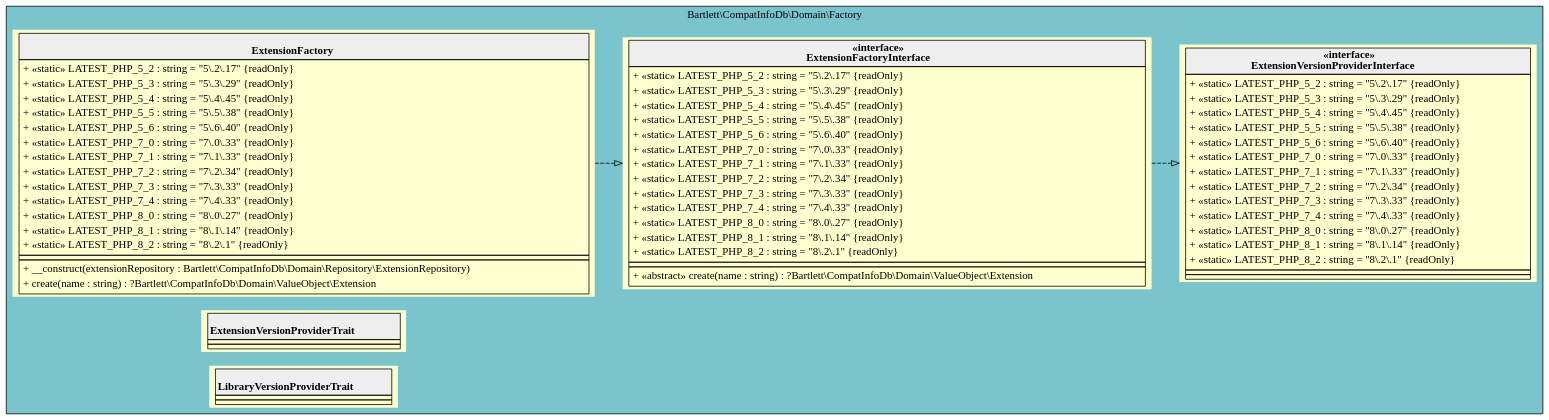
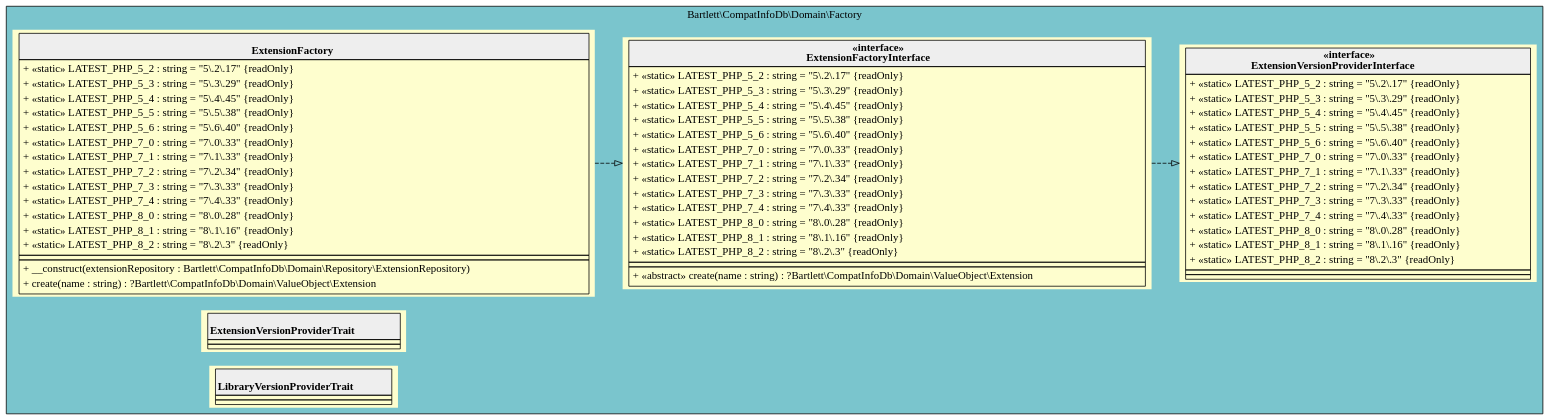
Before and after one commit to llaville/php-compatinfo-db: the diagram in 5.x/assets/images/domain-factory.html.gv, drawn with Graphviz. The commit also changed 38 other files, not shown here.

```diff
--- a/5.x/assets/images/domain-factory.html.gv
+++ b/5.x/assets/images/domain-factory.html.gv
@@ -1,90 +1,90 @@
 digraph {
   graph [rankdir="LR" bgcolor="transparent"]
   node [fillcolor="#FEFECE" style="filled"]
   subgraph cluster_0 {
     graph [bgcolor="cadetblue3"]
     label = "Bartlett\\CompatInfoDb\\Domain\\Factory"
     "Bartlett\\CompatInfoDb\\Domain\\Factory\\ExtensionFactory" [shape="none" label=<
 <table cellspacing="0" border="0" cellborder="1">
     <tr><td bgcolor="#eeeeee"><b><br/>ExtensionFactory</b></td></tr>
     <tr><td><table border="0" cellspacing="0" cellpadding="2">
     <tr><td align="left">+ «static» LATEST_PHP_5_2 : string = "5\.2\.17" {readOnly}</td></tr>
     <tr><td align="left">+ «static» LATEST_PHP_5_3 : string = "5\.3\.29" {readOnly}</td></tr>
     <tr><td align="left">+ «static» LATEST_PHP_5_4 : string = "5\.4\.45" {readOnly}</td></tr>
     <tr><td align="left">+ «static» LATEST_PHP_5_5 : string = "5\.5\.38" {readOnly}</td></tr>
     <tr><td align="left">+ «static» LATEST_PHP_5_6 : string = "5\.6\.40" {readOnly}</td></tr>
     <tr><td align="left">+ «static» LATEST_PHP_7_0 : string = "7\.0\.33" {readOnly}</td></tr>
     <tr><td align="left">+ «static» LATEST_PHP_7_1 : string = "7\.1\.33" {readOnly}</td></tr>
     <tr><td align="left">+ «static» LATEST_PHP_7_2 : string = "7\.2\.34" {readOnly}</td></tr>
     <tr><td align="left">+ «static» LATEST_PHP_7_3 : string = "7\.3\.33" {readOnly}</td></tr>
     <tr><td align="left">+ «static» LATEST_PHP_7_4 : string = "7\.4\.33" {readOnly}</td></tr>
-    <tr><td align="left">+ «static» LATEST_PHP_8_0 : string = "8\.0\.27" {readOnly}</td></tr>
-    <tr><td align="left">+ «static» LATEST_PHP_8_1 : string = "8\.1\.14" {readOnly}</td></tr>
-    <tr><td align="left">+ «static» LATEST_PHP_8_2 : string = "8\.2\.1" {readOnly}</td></tr>
+    <tr><td align="left">+ «static» LATEST_PHP_8_0 : string = "8\.0\.28" {readOnly}</td></tr>
+    <tr><td align="left">+ «static» LATEST_PHP_8_1 : string = "8\.1\.16" {readOnly}</td></tr>
+    <tr><td align="left">+ «static» LATEST_PHP_8_2 : string = "8\.2\.3" {readOnly}</td></tr>
 </table></td></tr>
     <tr><td></td></tr>
     <tr><td><table border="0" cellspacing="0" cellpadding="2">
     <tr><td align="left">+ __construct(extensionRepository : Bartlett\\CompatInfoDb\\Domain\\Repository\\ExtensionRepository)</td></tr>
     <tr><td align="left">+ create(name : string) : ?Bartlett\\CompatInfoDb\\Domain\\ValueObject\\Extension</td></tr>
 </table></td></tr>
 </table>>]
     "Bartlett\\CompatInfoDb\\Domain\\Factory\\ExtensionFactoryInterface" [shape="none" label=<
 <table cellspacing="0" border="0" cellborder="1">
     <tr><td bgcolor="#eeeeee"><b>«interface»<br/>ExtensionFactoryInterface</b></td></tr>
     <tr><td><table border="0" cellspacing="0" cellpadding="2">
     <tr><td align="left">+ «static» LATEST_PHP_5_2 : string = "5\.2\.17" {readOnly}</td></tr>
     <tr><td align="left">+ «static» LATEST_PHP_5_3 : string = "5\.3\.29" {readOnly}</td></tr>
     <tr><td align="left">+ «static» LATEST_PHP_5_4 : string = "5\.4\.45" {readOnly}</td></tr>
     <tr><td align="left">+ «static» LATEST_PHP_5_5 : string = "5\.5\.38" {readOnly}</td></tr>
     <tr><td align="left">+ «static» LATEST_PHP_5_6 : string = "5\.6\.40" {readOnly}</td></tr>
     <tr><td align="left">+ «static» LATEST_PHP_7_0 : string = "7\.0\.33" {readOnly}</td></tr>
     <tr><td align="left">+ «static» LATEST_PHP_7_1 : string = "7\.1\.33" {readOnly}</td></tr>
     <tr><td align="left">+ «static» LATEST_PHP_7_2 : string = "7\.2\.34" {readOnly}</td></tr>
     <tr><td align="left">+ «static» LATEST_PHP_7_3 : string = "7\.3\.33" {readOnly}</td></tr>
     <tr><td align="left">+ «static» LATEST_PHP_7_4 : string = "7\.4\.33" {readOnly}</td></tr>
-    <tr><td align="left">+ «static» LATEST_PHP_8_0 : string = "8\.0\.27" {readOnly}</td></tr>
-    <tr><td align="left">+ «static» LATEST_PHP_8_1 : string = "8\.1\.14" {readOnly}</td></tr>
-    <tr><td align="left">+ «static» LATEST_PHP_8_2 : string = "8\.2\.1" {readOnly}</td></tr>
+    <tr><td align="left">+ «static» LATEST_PHP_8_0 : string = "8\.0\.28" {readOnly}</td></tr>
+    <tr><td align="left">+ «static» LATEST_PHP_8_1 : string = "8\.1\.16" {readOnly}</td></tr>
+    <tr><td align="left">+ «static» LATEST_PHP_8_2 : string = "8\.2\.3" {readOnly}</td></tr>
 </table></td></tr>
     <tr><td></td></tr>
     <tr><td><table border="0" cellspacing="0" cellpadding="2">
     <tr><td align="left">+ «abstract» create(name : string) : ?Bartlett\\CompatInfoDb\\Domain\\ValueObject\\Extension</td></tr>
 </table></td></tr>
 </table>>]
     "Bartlett\\CompatInfoDb\\Domain\\Factory\\ExtensionVersionProviderInterface" [shape="none" label=<
 <table cellspacing="0" border="0" cellborder="1">
     <tr><td bgcolor="#eeeeee"><b>«interface»<br/>ExtensionVersionProviderInterface</b></td></tr>
     <tr><td><table border="0" cellspacing="0" cellpadding="2">
     <tr><td align="left">+ «static» LATEST_PHP_5_2 : string = "5\.2\.17" {readOnly}</td></tr>
     <tr><td align="left">+ «static» LATEST_PHP_5_3 : string = "5\.3\.29" {readOnly}</td></tr>
     <tr><td align="left">+ «static» LATEST_PHP_5_4 : string = "5\.4\.45" {readOnly}</td></tr>
     <tr><td align="left">+ «static» LATEST_PHP_5_5 : string = "5\.5\.38" {readOnly}</td></tr>
     <tr><td align="left">+ «static» LATEST_PHP_5_6 : string = "5\.6\.40" {readOnly}</td></tr>
     <tr><td align="left">+ «static» LATEST_PHP_7_0 : string = "7\.0\.33" {readOnly}</td></tr>
     <tr><td align="left">+ «static» LATEST_PHP_7_1 : string = "7\.1\.33" {readOnly}</td></tr>
     <tr><td align="left">+ «static» LATEST_PHP_7_2 : string = "7\.2\.34" {readOnly}</td></tr>
     <tr><td align="left">+ «static» LATEST_PHP_7_3 : string = "7\.3\.33" {readOnly}</td></tr>
     <tr><td align="left">+ «static» LATEST_PHP_7_4 : string = "7\.4\.33" {readOnly}</td></tr>
-    <tr><td align="left">+ «static» LATEST_PHP_8_0 : string = "8\.0\.27" {readOnly}</td></tr>
-    <tr><td align="left">+ «static» LATEST_PHP_8_1 : string = "8\.1\.14" {readOnly}</td></tr>
-    <tr><td align="left">+ «static» LATEST_PHP_8_2 : string = "8\.2\.1" {readOnly}</td></tr>
+    <tr><td align="left">+ «static» LATEST_PHP_8_0 : string = "8\.0\.28" {readOnly}</td></tr>
+    <tr><td align="left">+ «static» LATEST_PHP_8_1 : string = "8\.1\.16" {readOnly}</td></tr>
+    <tr><td align="left">+ «static» LATEST_PHP_8_2 : string = "8\.2\.3" {readOnly}</td></tr>
 </table></td></tr>
     <tr><td></td></tr>
     <tr><td></td></tr>
 </table>>]
     "Bartlett\\CompatInfoDb\\Domain\\Factory\\ExtensionVersionProviderTrait" [shape="none" label=<
 <table cellspacing="0" border="0" cellborder="1">
     <tr><td bgcolor="#eeeeee"><b><br/>ExtensionVersionProviderTrait</b></td></tr>
     <tr><td></td></tr>
     <tr><td></td></tr>
 </table>>]
     "Bartlett\\CompatInfoDb\\Domain\\Factory\\LibraryVersionProviderTrait" [shape="none" label=<
 <table cellspacing="0" border="0" cellborder="1">
     <tr><td bgcolor="#eeeeee"><b><br/>LibraryVersionProviderTrait</b></td></tr>
     <tr><td></td></tr>
     <tr><td></td></tr>
 </table>>]
   }
   "Bartlett\\CompatInfoDb\\Domain\\Factory\\ExtensionFactoryInterface" -> "Bartlett\\CompatInfoDb\\Domain\\Factory\\ExtensionVersionProviderInterface" [arrowhead="empty" style="dashed"]
   "Bartlett\\CompatInfoDb\\Domain\\Factory\\ExtensionFactory" -> "Bartlett\\CompatInfoDb\\Domain\\Factory\\ExtensionFactoryInterface" [arrowhead="empty" style="dashed"]
 }
```
